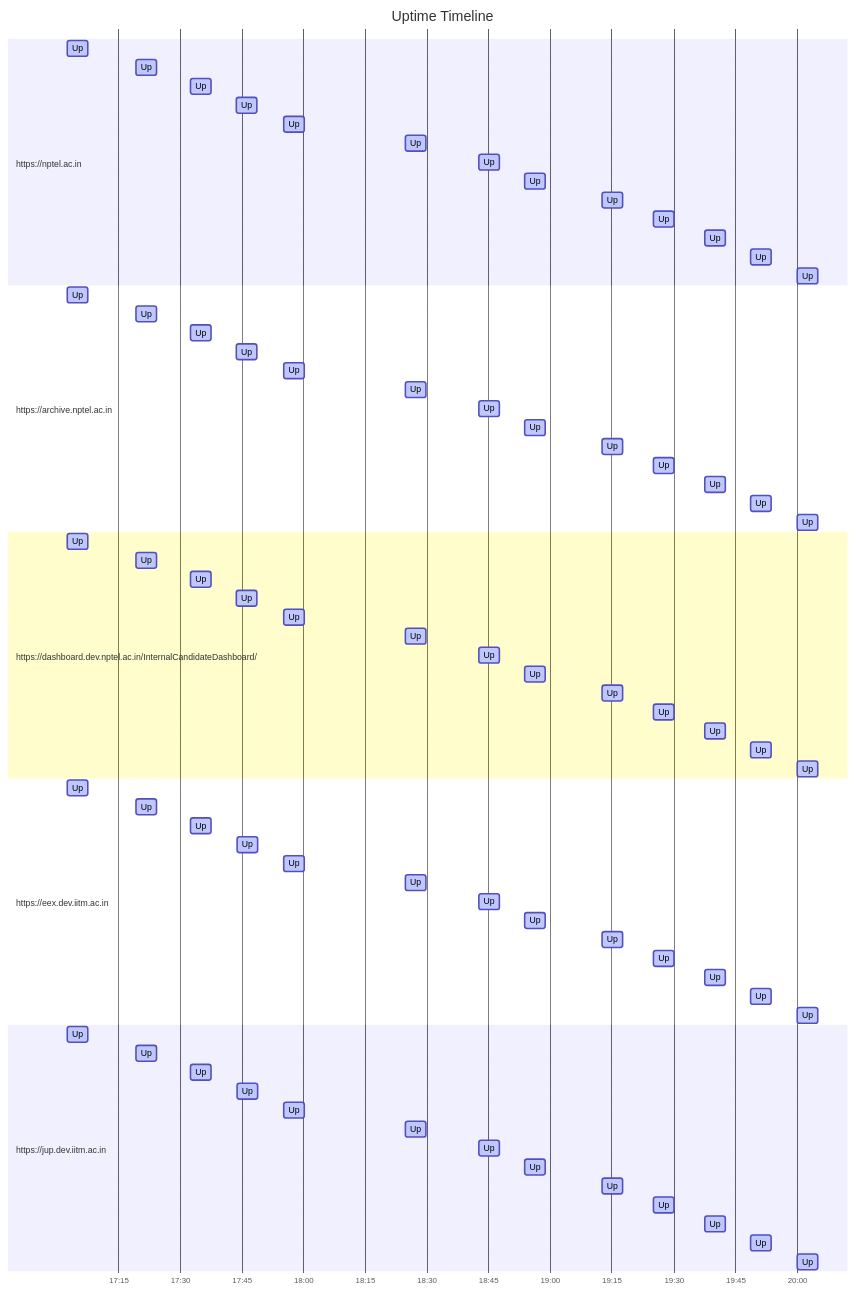
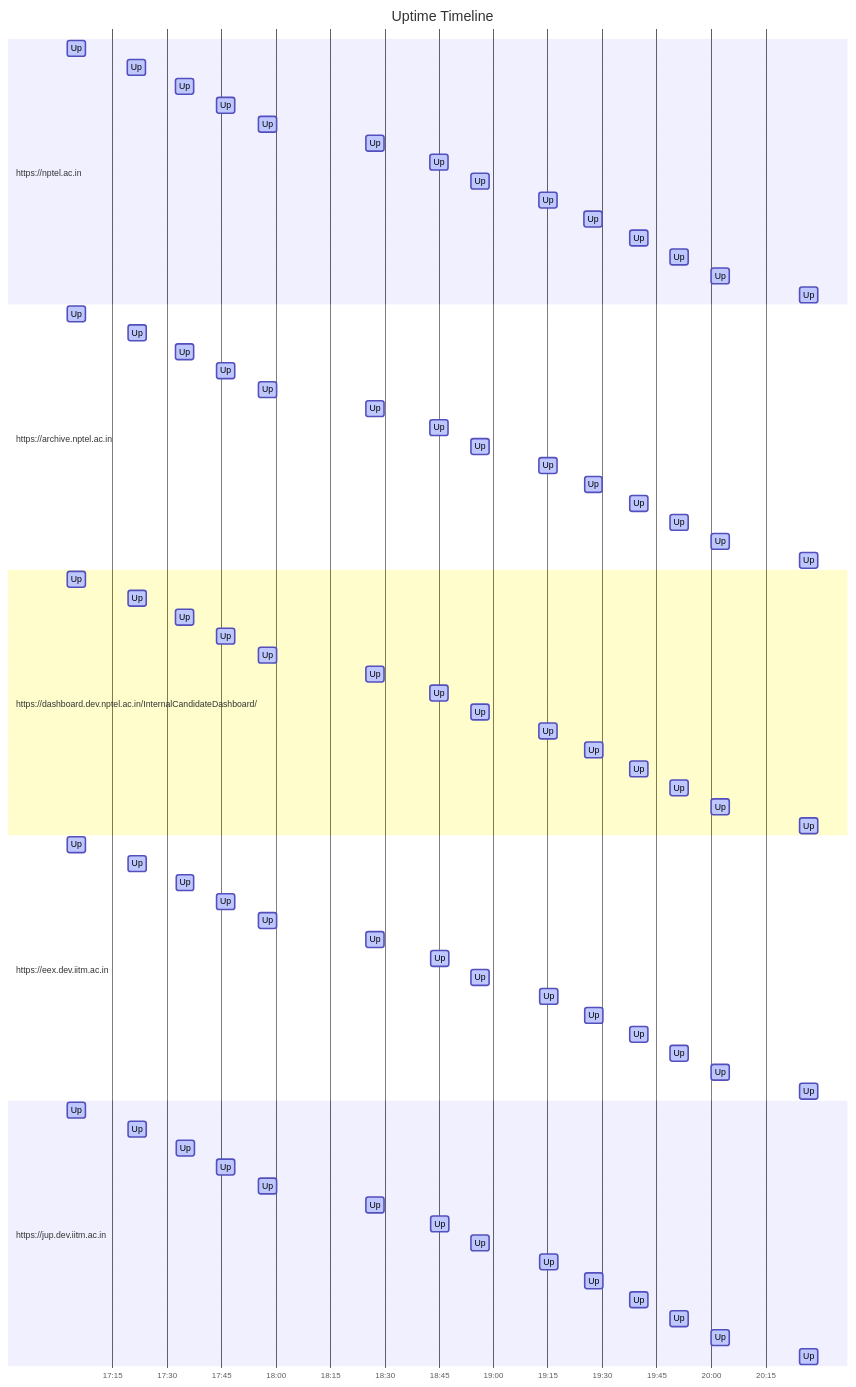
One commit to nchandra75/monitor changed the diagram in results.md. Above: the diagram before and after it, drawn with Mermaid. The commit also changed other lines of this file and 1 other file, not shown here.

````diff
--- a/results.md
+++ b/results.md
@@ -21,76 +21,81 @@
 ```mermaid
 gantt
     title Uptime Timeline
     dateFormat YYYY-MM-DD HH:mm:ss
     axisFormat %H:%M
     section https://nptel.ac.in
         Up: active, 2024-09-13 17:02:35, 5m
         Up: active, 2024-09-13 17:19:13, 5m
         Up: active, 2024-09-13 17:32:28, 5m
         Up: active, 2024-09-13 17:43:43, 5m
         Up: active, 2024-09-13 17:55:11, 5m
         Up: active, 2024-09-13 18:24:46, 5m
         Up: active, 2024-09-13 18:42:34, 5m
         Up: active, 2024-09-13 18:53:45, 5m
         Up: active, 2024-09-13 19:12:36, 5m
         Up: active, 2024-09-13 19:25:02, 5m
         Up: active, 2024-09-13 19:37:36, 5m
         Up: active, 2024-09-13 19:48:39, 5m
         Up: active, 2024-09-13 19:59:59, 5m
+        Up: active, 2024-09-13 20:24:18, 5m
     section https://archive.nptel.ac.in
         Up: active, 2024-09-13 17:02:37, 5m
         Up: active, 2024-09-13 17:19:15, 5m
         Up: active, 2024-09-13 17:32:29, 5m
         Up: active, 2024-09-13 17:43:45, 5m
         Up: active, 2024-09-13 17:55:13, 5m
         Up: active, 2024-09-13 18:24:47, 5m
         Up: active, 2024-09-13 18:42:35, 5m
         Up: active, 2024-09-13 18:53:46, 5m
         Up: active, 2024-09-13 19:12:37, 5m
         Up: active, 2024-09-13 19:25:03, 5m
         Up: active, 2024-09-13 19:37:38, 5m
         Up: active, 2024-09-13 19:48:40, 5m
         Up: active, 2024-09-13 20:00:00, 5m
+        Up: active, 2024-09-13 20:24:19, 5m
     section https://dashboard.dev.nptel.ac.in/InternalCandidateDashboard/
         Up: active, 2024-09-13 17:02:38, 5m
         Up: active, 2024-09-13 17:19:15, 5m
         Up: active, 2024-09-13 17:32:30, 5m
         Up: active, 2024-09-13 17:43:46, 5m
         Up: active, 2024-09-13 17:55:13, 5m
         Up: active, 2024-09-13 18:24:48, 5m
         Up: active, 2024-09-13 18:42:36, 5m
         Up: active, 2024-09-13 18:53:47, 5m
         Up: active, 2024-09-13 19:12:38, 5m
         Up: active, 2024-09-13 19:25:04, 5m
         Up: active, 2024-09-13 19:37:38, 5m
         Up: active, 2024-09-13 19:48:41, 5m
         Up: active, 2024-09-13 20:00:01, 5m
+        Up: active, 2024-09-13 20:24:20, 5m
     section https://eex.dev.iitm.ac.in
         Up: active, 2024-09-13 17:02:39, 5m
         Up: active, 2024-09-13 17:19:16, 5m
         Up: active, 2024-09-13 17:32:31, 5m
         Up: active, 2024-09-13 17:43:47, 5m
         Up: active, 2024-09-13 17:55:15, 5m
         Up: active, 2024-09-13 18:24:50, 5m
         Up: active, 2024-09-13 18:42:37, 5m
         Up: active, 2024-09-13 18:53:48, 5m
         Up: active, 2024-09-13 19:12:39, 5m
         Up: active, 2024-09-13 19:25:05, 5m
         Up: active, 2024-09-13 19:37:40, 5m
         Up: active, 2024-09-13 19:48:42, 5m
         Up: active, 2024-09-13 20:00:02, 5m
+        Up: active, 2024-09-13 20:24:21, 5m
     section https://jup.dev.iitm.ac.in
         Up: active, 2024-09-13 17:02:40, 5m
         Up: active, 2024-09-13 17:19:17, 5m
         Up: active, 2024-09-13 17:32:32, 5m
         Up: active, 2024-09-13 17:43:48, 5m
         Up: active, 2024-09-13 17:55:16, 5m
         Up: active, 2024-09-13 18:24:51, 5m
         Up: active, 2024-09-13 18:42:38, 5m
         Up: active, 2024-09-13 18:53:49, 5m
         Up: active, 2024-09-13 19:12:40, 5m
         Up: active, 2024-09-13 19:25:06, 5m
         Up: active, 2024-09-13 19:37:40, 5m
         Up: active, 2024-09-13 19:48:43, 5m
         Up: active, 2024-09-13 20:00:03, 5m
+        Up: active, 2024-09-13 20:24:22, 5m
 ```
````
